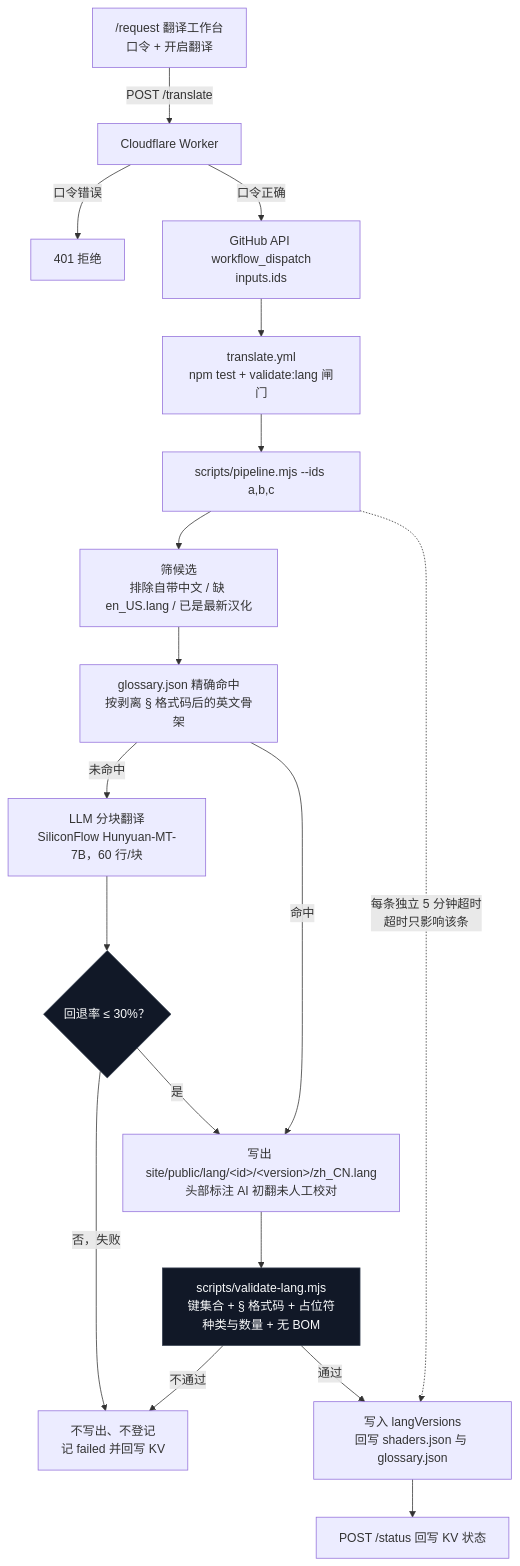
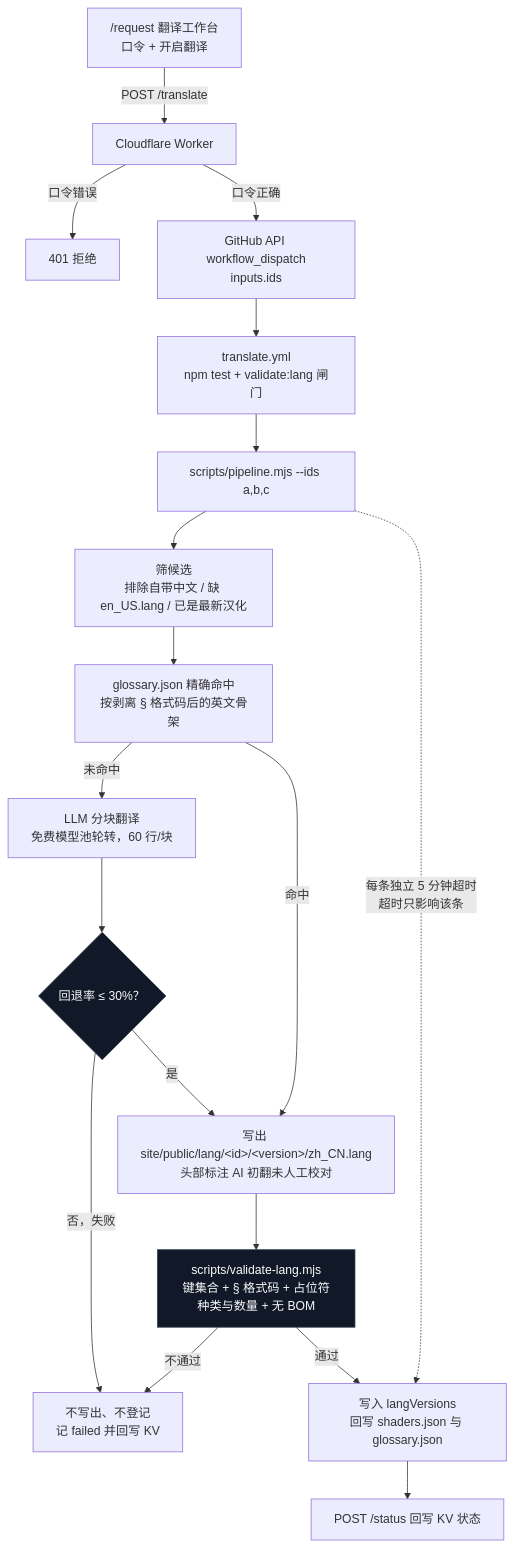
The second of 5 diagrams in FLOW.md (Kalloer1/shader-i18n-site), drawn with Mermaid before and after one commit. The commit also changed other lines of this file and 99 other files, not shown here.

````diff
--- a/FLOW.md
+++ b/FLOW.md
@@ -40,25 +40,25 @@
 ```mermaid
 flowchart TD
     SITE["/request 翻译工作台<br/>口令 + 开启翻译"] -->|"POST /translate"| WK["Cloudflare Worker"]
     WK -->|"口令错误"| UNAUTH["401 拒绝"]
     WK -->|"口令正确"| DISPATCH["GitHub API workflow_dispatch<br/>inputs.ids"]
     DISPATCH --> TY["translate.yml<br/>npm test + validate:lang 闸门"]
     TY --> CLI["scripts/pipeline.mjs --ids a,b,c"]
 
     CLI --> CAND["筛候选<br/>排除自带中文 / 缺 en_US.lang / 已是最新汉化"]
     CAND --> GL["glossary.json 精确命中<br/>按剥离 § 格式码后的英文骨架"]
-    GL -->|"未命中"| LLM["LLM 分块翻译<br/>SiliconFlow Hunyuan-MT-7B，60 行/块"]
+    GL -->|"未命中"| LLM["LLM 分块翻译<br/>免费模型池轮转，60 行/块"]
     LLM --> GATE{"回退率 ≤ 30%？"}
     GATE -->|"否，失败"| FAIL["不写出、不登记<br/>记 failed 并回写 KV"]
     GATE -->|"是"| W["写出 site/public/lang/&lt;id&gt;/&lt;version&gt;/zh_CN.lang<br/>头部标注 AI 初翻未人工校对"]
     GL -->|"命中"| W
     W --> V["scripts/validate-lang.mjs<br/>键集合 + § 格式码 + 占位符种类与数量 + 无 BOM"]
     V -->|"不通过"| FAIL
     V -->|"通过"| REG["写入 langVersions<br/>回写 shaders.json 与 glossary.json"]
 
     CLI -.->|"每条独立 5 分钟超时<br/>超时只影响该条"| REG
     REG --> ST["POST /status 回写 KV 状态"]
 
     style GATE fill:#111827,stroke:#374151,color:#f9fafb
     style V fill:#111827,stroke:#374151,color:#f9fafb
 ```
````
